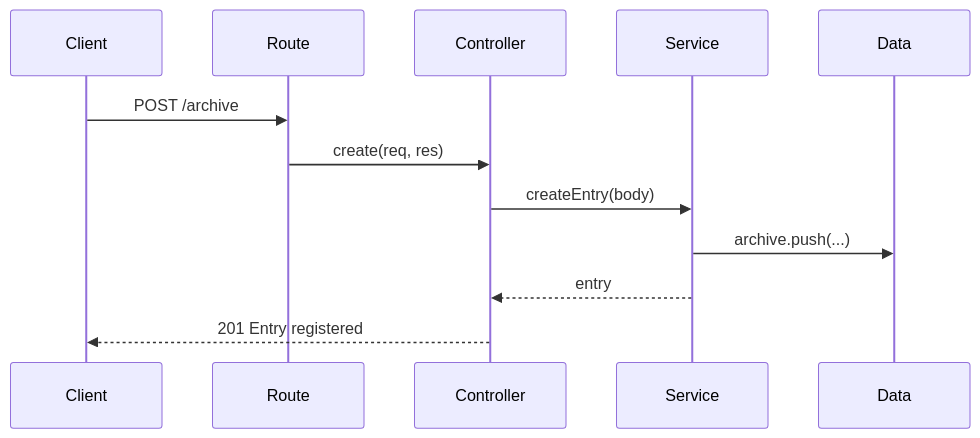
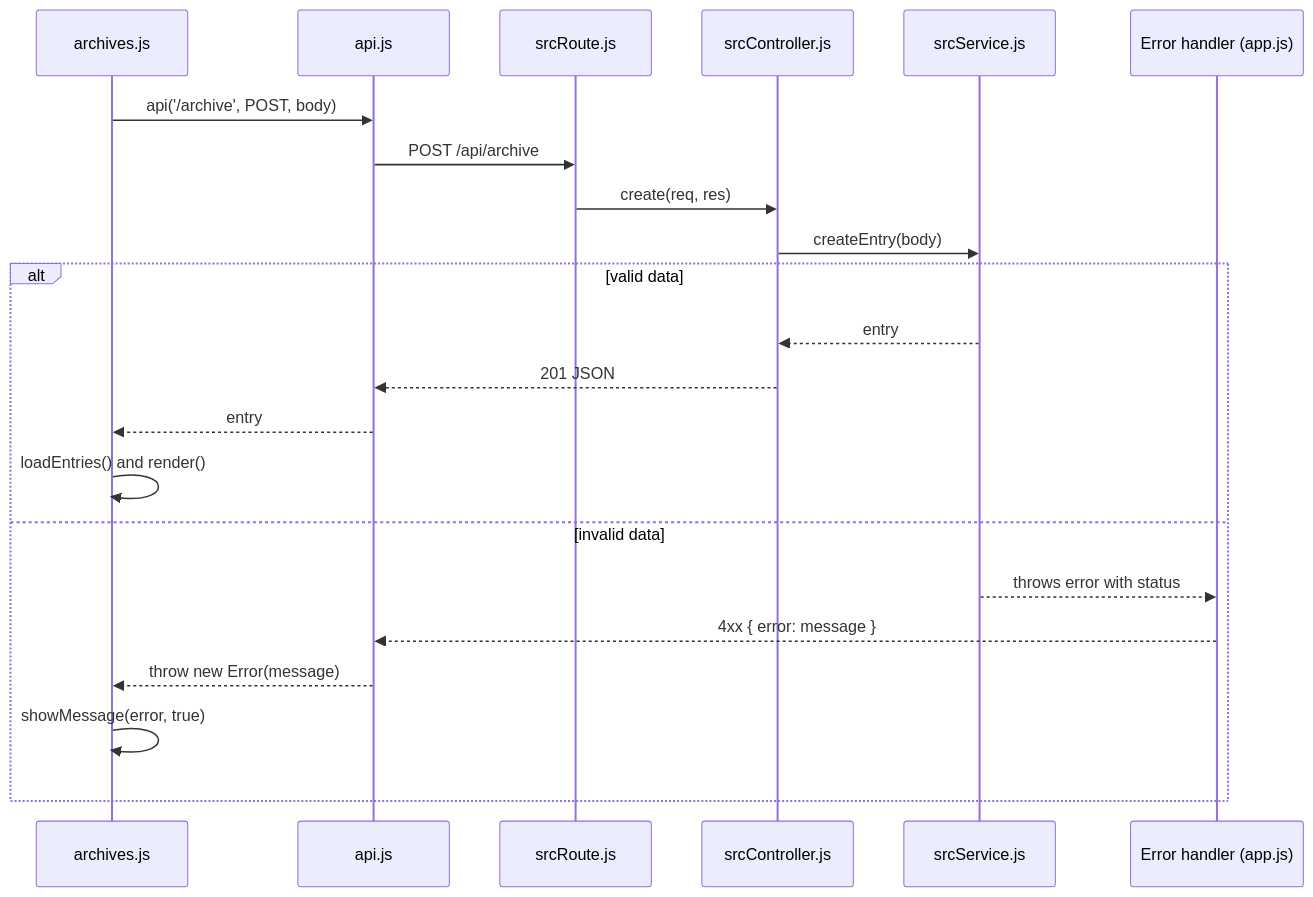
Before and after one commit to Niller-nuller/FeedbackStarWarsOpgave: the second of 3 diagrams in readme.md, drawn with Mermaid. The commit also changed other lines of this file and 1 other file, not shown here.

````diff
--- a/readme.md
+++ b/readme.md
@@ -11,9 +26,26 @@
 ```mermaid
 sequenceDiagram
-    Client->>Route: POST /archive
+    participant UI as archives.js
+    participant Api as api.js
+    participant Route as srcRoute.js
+    participant Controller as srcController.js
+    participant Service as srcService.js
+    participant Err as Error handler (app.js)
+
+    UI->>Api: api('/archive', POST, body)
+    Api->>Route: POST /api/archive
     Route->>Controller: create(req, res)
     Controller->>Service: createEntry(body)
-    Service->>Data: archive.push(...)
-    Service-->>Controller: entry
-    Controller-->>Client: 201 Entry registered
+
+    alt valid data
+        Service-->>Controller: entry
+        Controller-->>Api: 201 JSON
+        Api-->>UI: entry
+        UI->>UI: loadEntries() and render()
+    else invalid data
+        Service-->>Err: throws error with status
+        Err-->>Api: 4xx { error: message }
+        Api-->>UI: throw new Error(message)
+        UI->>UI: showMessage(error, true)
+    end
 ```
````
